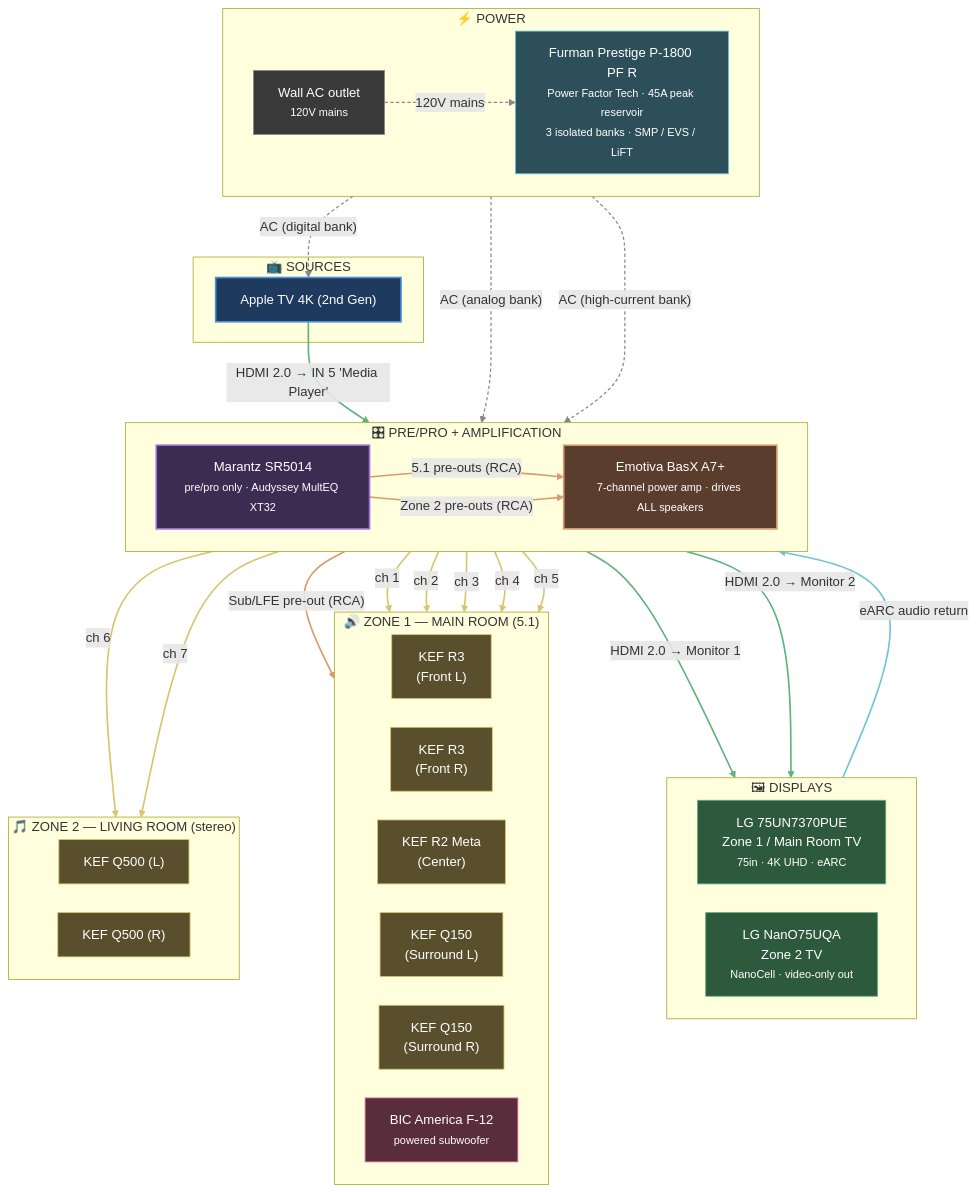
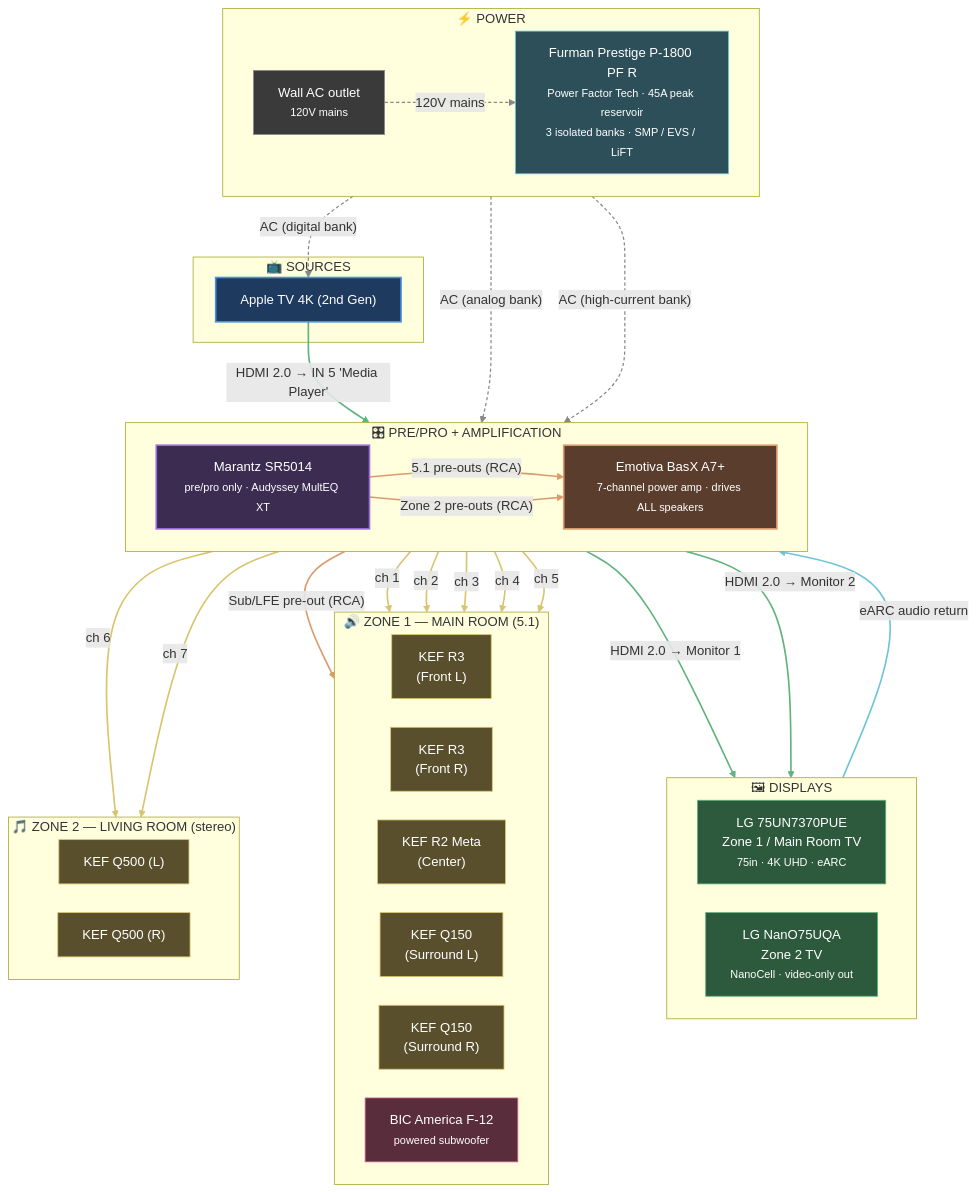
One commit to duhnz20/home-audio changed the diagram in signal-chain.md. Above: the diagram before and after it, drawn with Mermaid. The commit also changed 6 other files, not shown here.

```diff
--- a/signal-chain.md
+++ b/signal-chain.md
@@ -27,7 +27,7 @@
     %% ============ PRE/PRO + AMP ============
     subgraph CORE["🎛  PRE/PRO + AMPLIFICATION"]
         direction LR
-        SR5014["Marantz SR5014<br/><small>pre/pro only · Audyssey MultEQ XT32</small>"]:::preamp
+        SR5014["Marantz SR5014<br/><small>pre/pro only · Audyssey MultEQ XT</small>"]:::preamp
         EMOTIVA["Emotiva BasX A7+<br/><small>7-channel power amp · drives ALL speakers</small>"]:::amp
     end
 
```
